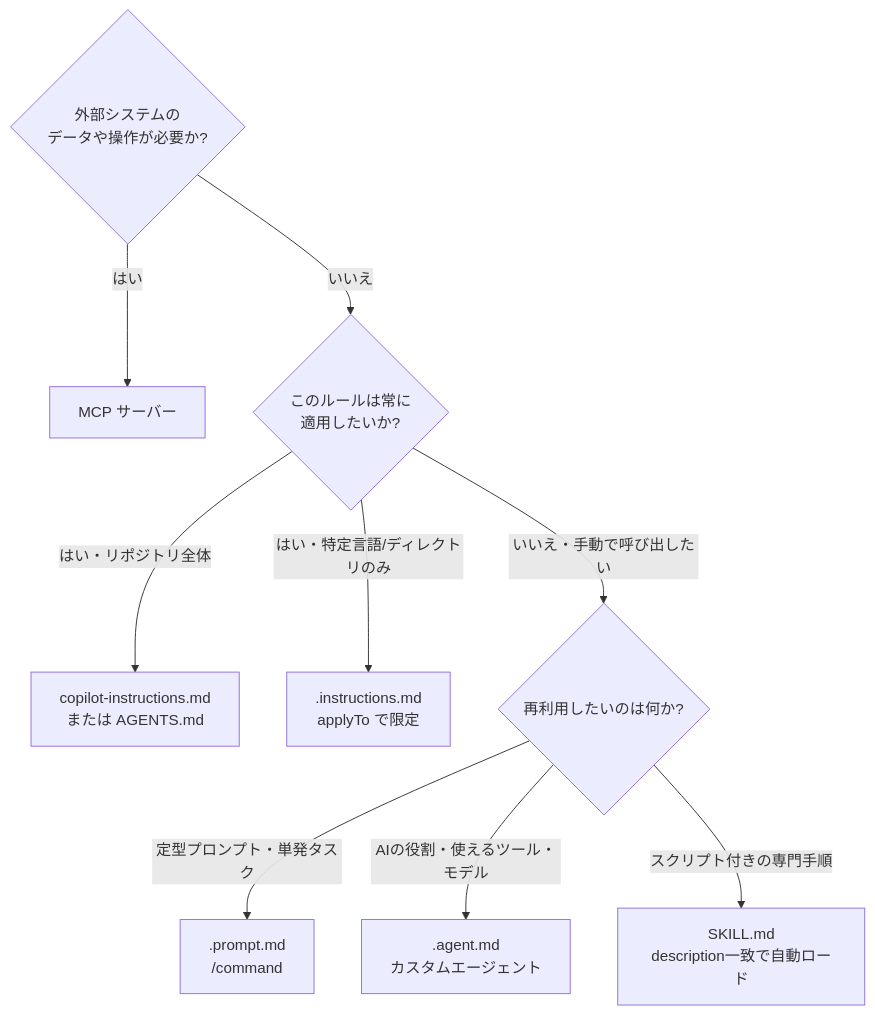
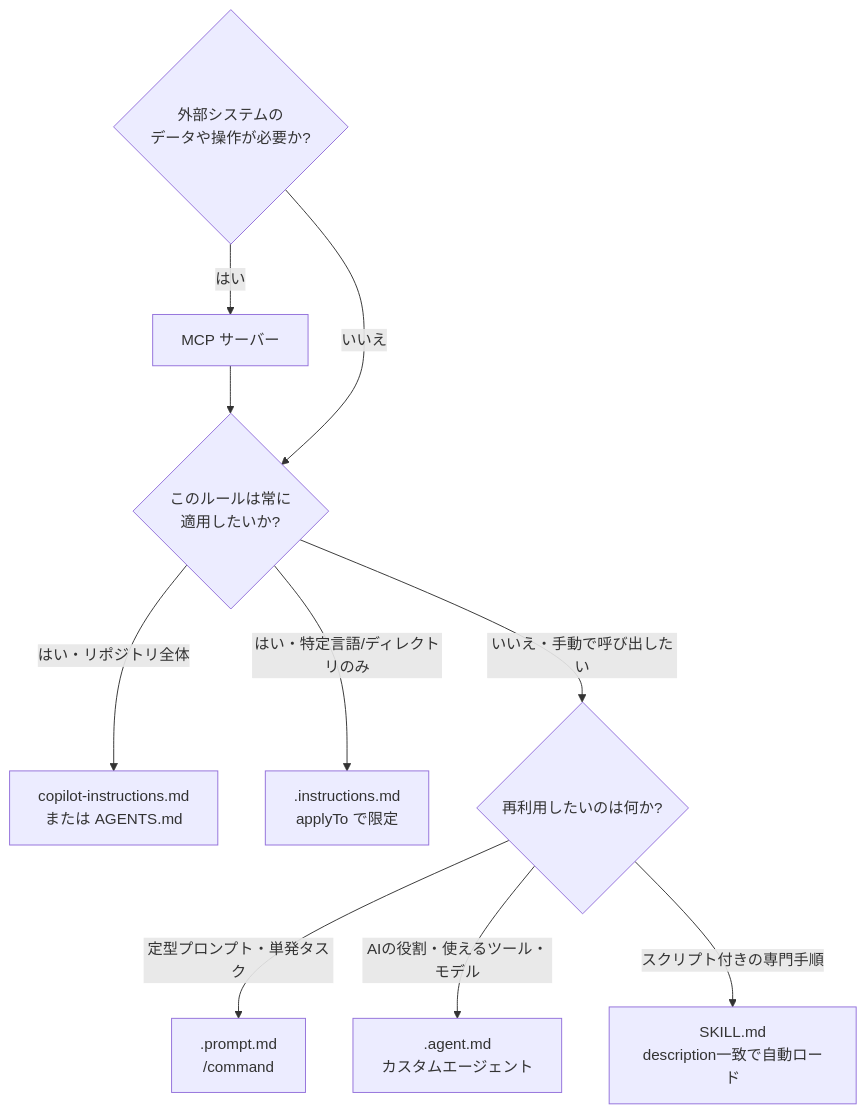
Before and after one commit to myoshi2891/Comparison-of-LLMs: the second of 8 diagrams in archive/md/MicroSoft/Copilot-spec-driven-development-best-practices.md, drawn with Mermaid.

Commit message:
docs(copilot): continue MCP decision flow to instructions

````diff
--- a/archive/md/MicroSoft/Copilot-spec-driven-development-best-practices.md
+++ b/archive/md/MicroSoft/Copilot-spec-driven-development-best-practices.md
@@ -65,12 +65,13 @@
 ```mermaid
 flowchart TD
     Q0{"外部システムの<br/>データや操作が必要か?"}
     Q0 -->|"はい"| R6["MCP サーバー"]
+    R6 --> Q1
     Q0 -->|"いいえ"| Q1{"このルールは常に<br/>適用したいか?"}
     Q1 -->|"はい・リポジトリ全体"| R1["copilot-instructions.md<br/>または AGENTS.md"]
     Q1 -->|"はい・特定言語/ディレクトリのみ"| R2[".instructions.md<br/>applyTo で限定"]
     Q1 -->|"いいえ・手動で呼び出したい"| Q2{"再利用したいのは何か?"}
     Q2 -->|"定型プロンプト・単発タスク"| R3[".prompt.md<br/>/command"]
     Q2 -->|"AIの役割・使えるツール・モデル"| R4[".agent.md<br/>カスタムエージェント"]
     Q2 -->|"スクリプト付きの専門手順"| R5["SKILL.md<br/>description一致で自動ロード"]
 ```
````
